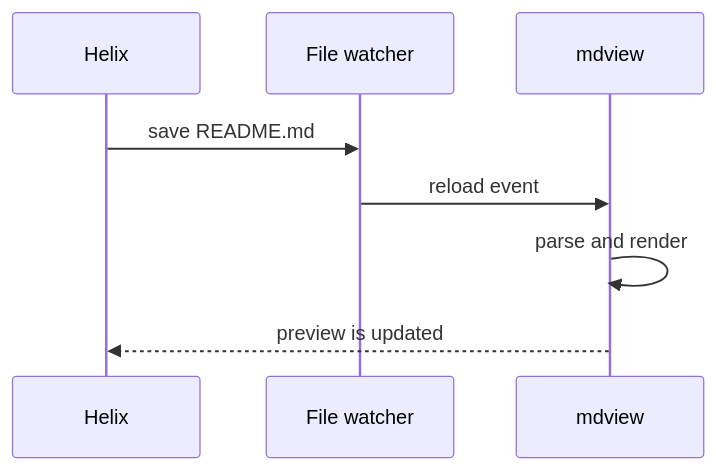
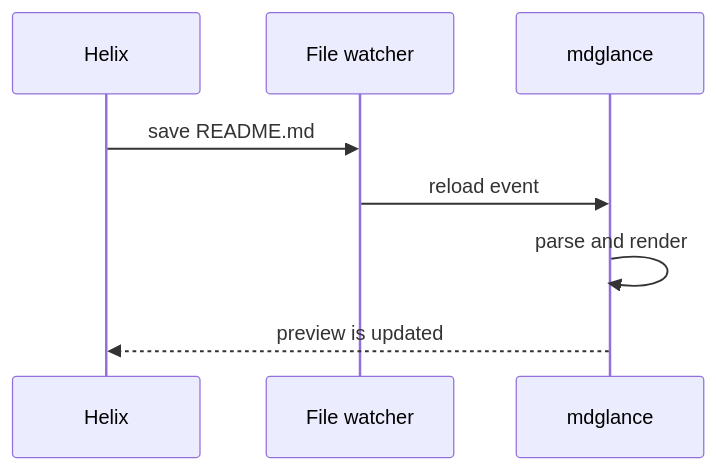
Before and after one commit to NepomukWolf/mdglance: the second of 2 diagrams in examples/render-kitchen-sink.md, drawn with Mermaid. The commit also changed other lines of this file and 10 other files, not shown here.

````diff
--- a/examples/render-kitchen-sink.md
+++ b/examples/render-kitchen-sink.md
@@ -123,10 +123,10 @@
 ```mermaid
 sequenceDiagram
   participant H as Helix
   participant F as File watcher
-  participant V as mdview
+  participant V as mdglance
   H->>F: save README.md
   F->>V: reload event
   V->>V: parse and render
   V-->>H: preview is updated
 ```
````
